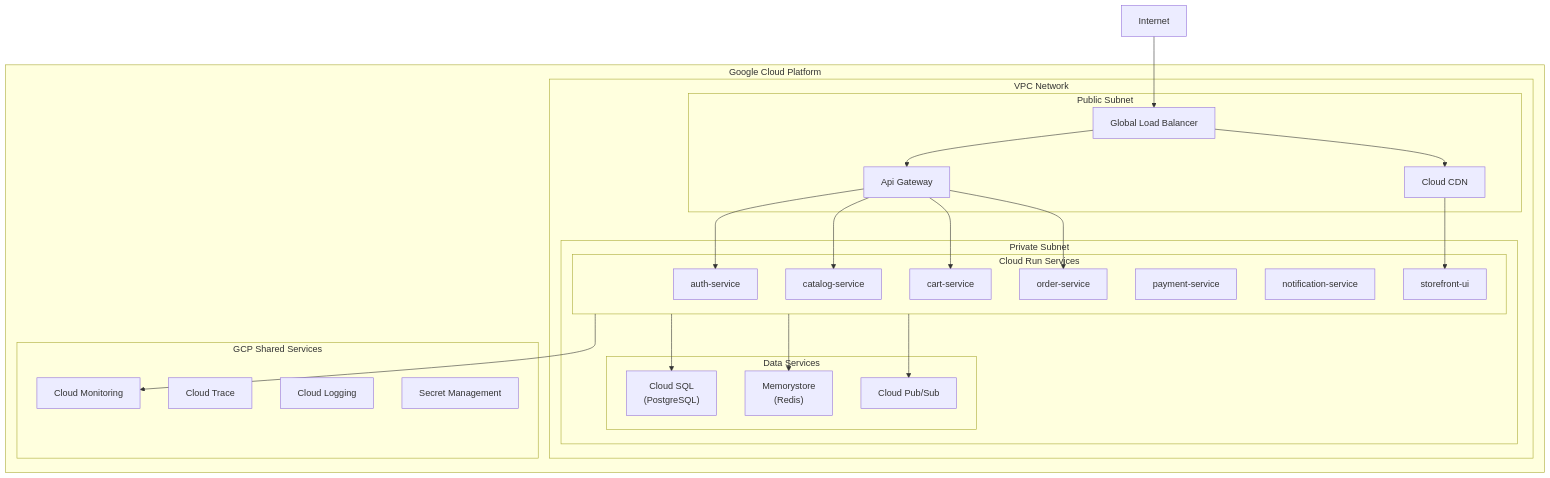
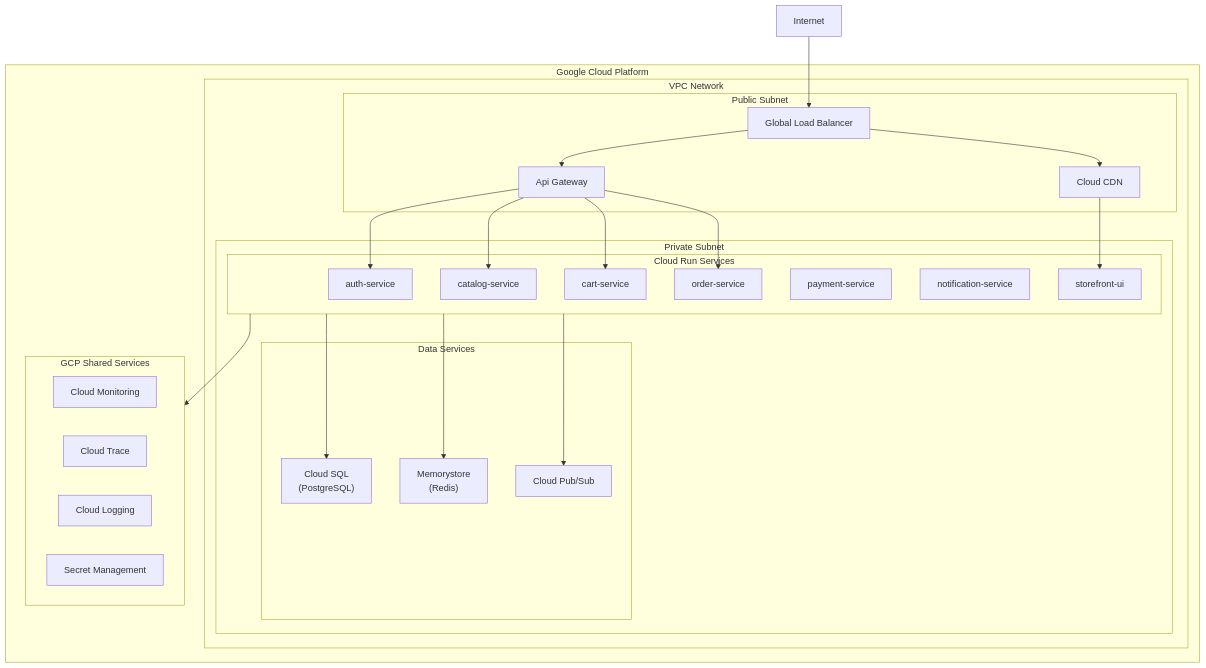
The second of 7 diagrams in standards/APP-ARCHITECTURE-SAMPLE.md (mahpatil/claude-templates), drawn with Mermaid before and after one commit. The commit also changed other lines of this file and 3 other files, not shown here.

````diff
--- a/standards/APP-ARCHITECTURE-SAMPLE.md
+++ b/standards/APP-ARCHITECTURE-SAMPLE.md
@@ -187,51 +187,51 @@
 ```mermaid
 flowchart TB
     subgraph GCP["Google Cloud Platform"]
         subgraph Network["VPC Network"]
             subgraph Public["Public Subnet"]
                 GLB["Global Load Balancer"]
                 APIGW["Api Gateway"]
                 CloudCDN["Cloud CDN"]
             end
 
             subgraph Private["Private Subnet"]
                 subgraph CloudRun["Cloud Run Services"]
                     AuthCR["auth-service"]
                     CatalogCR["catalog-service"]
                     CartCR["cart-service"]
                     OrderCR["order-service"]
                     PaymentCR["payment-service"]
                     NotifCR["notification-service"]
                     FrontendCR["storefront-ui"]
                 end
 
                 subgraph Data["Data Services"]
                     CloudSQL["Cloud SQL<br/>(PostgreSQL)"]
                     Memorystore["Memorystore<br/>(Redis)"]
                     PubSub["Cloud Pub/Sub"]
                 end
             end
         end
 
         subgraph GCPServices["GCP Shared Services"]
             CloudMonitor["Cloud Monitoring"]
             CloudTrace["Cloud Trace"]
             CloudLog["Cloud Logging"]
             SecretMgr["Secret Management"]
         end
     end
 
     Internet["Internet"] --> GLB
     GLB --> CloudCDN
     GLB --> APIGW
     CloudCDN --> FrontendCR
     APIGW --> AuthCR
     APIGW --> CatalogCR
     APIGW --> CartCR
     APIGW --> OrderCR
 
     CloudRun --> CloudSQL
     CloudRun --> Memorystore
     CloudRun --> PubSub
-    CloudRun --> CloudMonitor
+    CloudRun --> GCPServices
 ```
````
